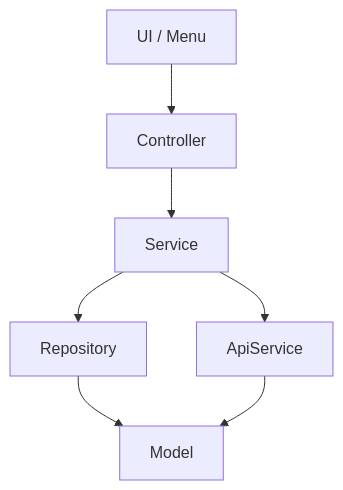
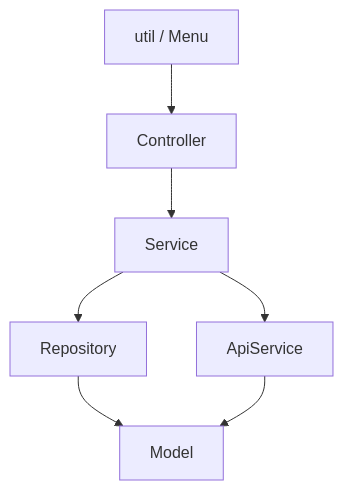
Before and after one commit to AndresMellaS/conversor-monedas: the diagram in README.md, drawn with Mermaid.

Commit message:
Fix typo in project architecture diagram

````diff
--- a/README.md
+++ b/README.md
@@ -41,9 +41,9 @@
 ```mermaid
 flowchart TD
-    A[ UI / Menu] --> B[Controller]
+    A[ util / Menu] --> B[Controller]
     B --> C[ Service]
     C --> D[ Repository]
     C --> E[ApiService]
     D --> F[Model]
     E --> F
 ```
````
